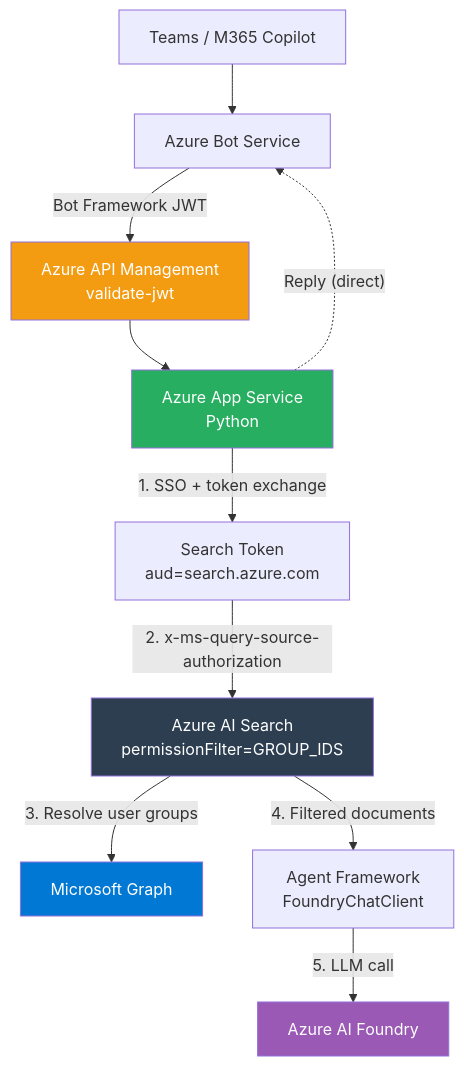
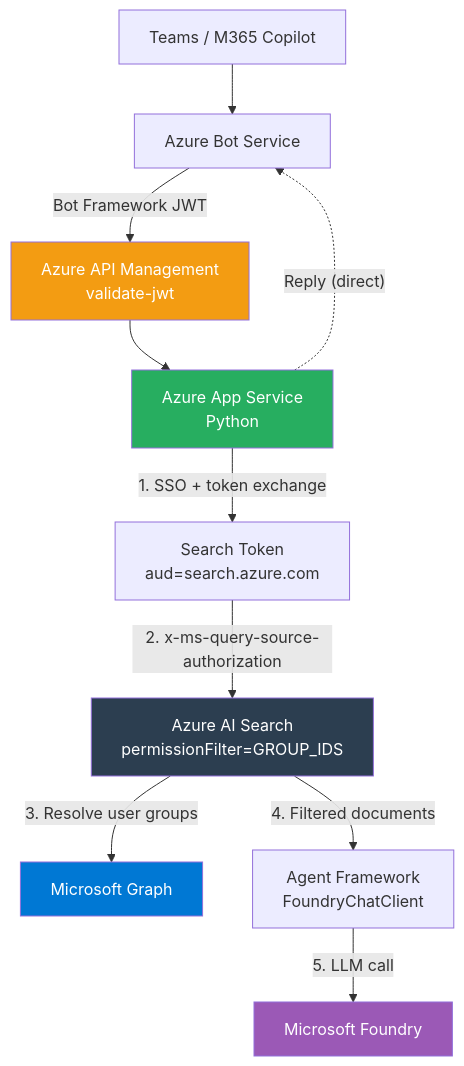
One commit to Azure-Samples/bring-your-own-agent-to-m365-accelerator changed the diagram in README.md. Above: the diagram before and after it, drawn with Mermaid. The commit also changed other lines of this file and 1 other file, not shown here.

Commit message:
docs: rename Azure AI Foundry to Microsoft Foundry

````diff
--- a/README.md
+++ b/README.md
@@ -11,18 +11,18 @@
 ```mermaid
 flowchart TB
     User["Teams / M365 Copilot"] --> Bot["Azure Bot Service"]
     Bot -->|"Bot Framework JWT"| APIM["Azure API Management<br/>validate-jwt"]
     APIM --> App["Azure App Service<br/>Python"]
     App -->|"1. SSO + token exchange"| Token["Search Token<br/>aud=search.azure.com"]
     Token -->|"2. x-ms-query-source-authorization"| Search["Azure AI Search<br/>permissionFilter=GROUP_IDS"]
     Search -->|"3. Resolve user groups"| Graph["Microsoft Graph"]
     Search -->|"4. Filtered documents"| Agent["Agent Framework<br/>FoundryChatClient"]
-    Agent -->|"5. LLM call"| Foundry["Azure AI Foundry"]
+    Agent -->|"5. LLM call"| Foundry["Microsoft Foundry"]
     App -.->|"Reply (direct)"| Bot
 
     style APIM fill:#f39c12,color:#fff
     style App fill:#27ae60,color:#fff
     style Search fill:#2c3e50,color:#fff
     style Foundry fill:#9b59b6,color:#fff
     style Graph fill:#0078d4,color:#fff
 ```
````
